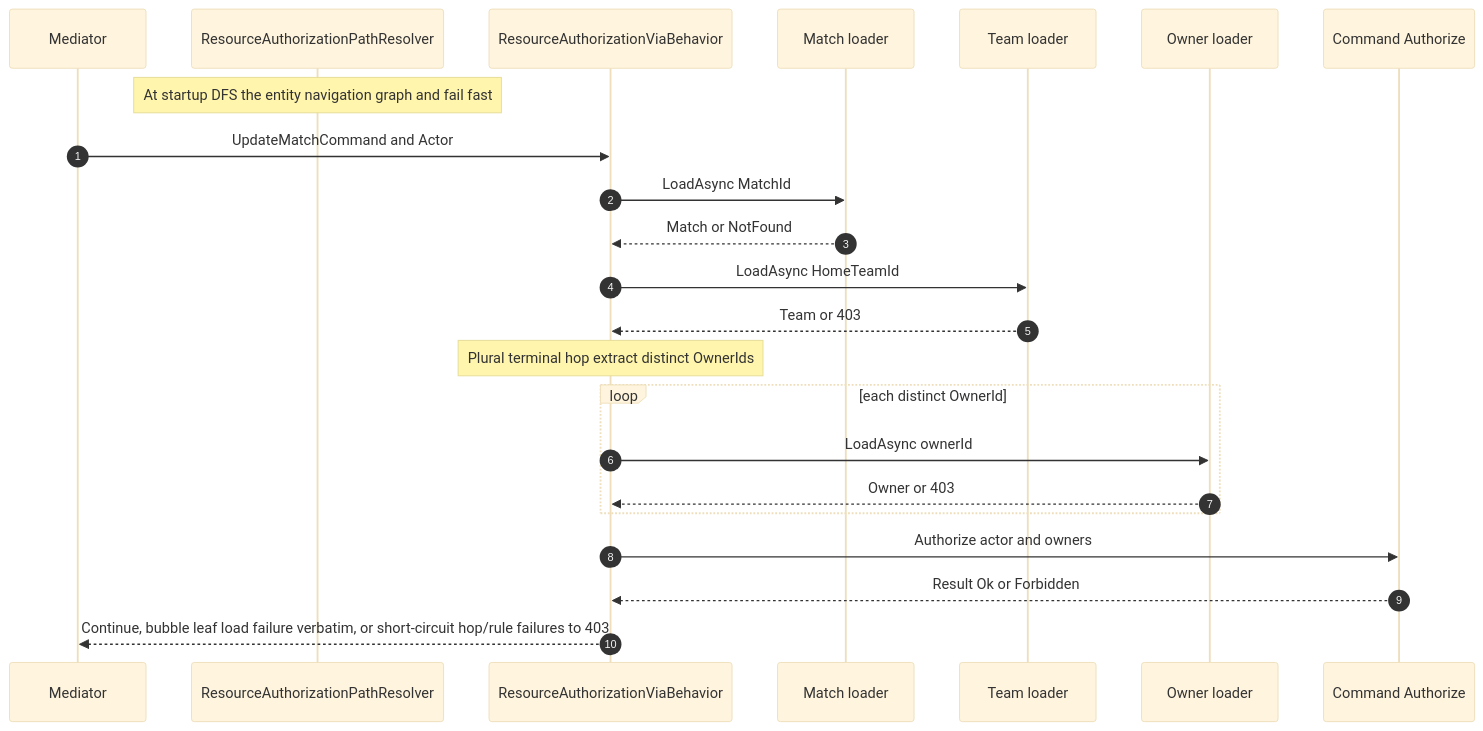
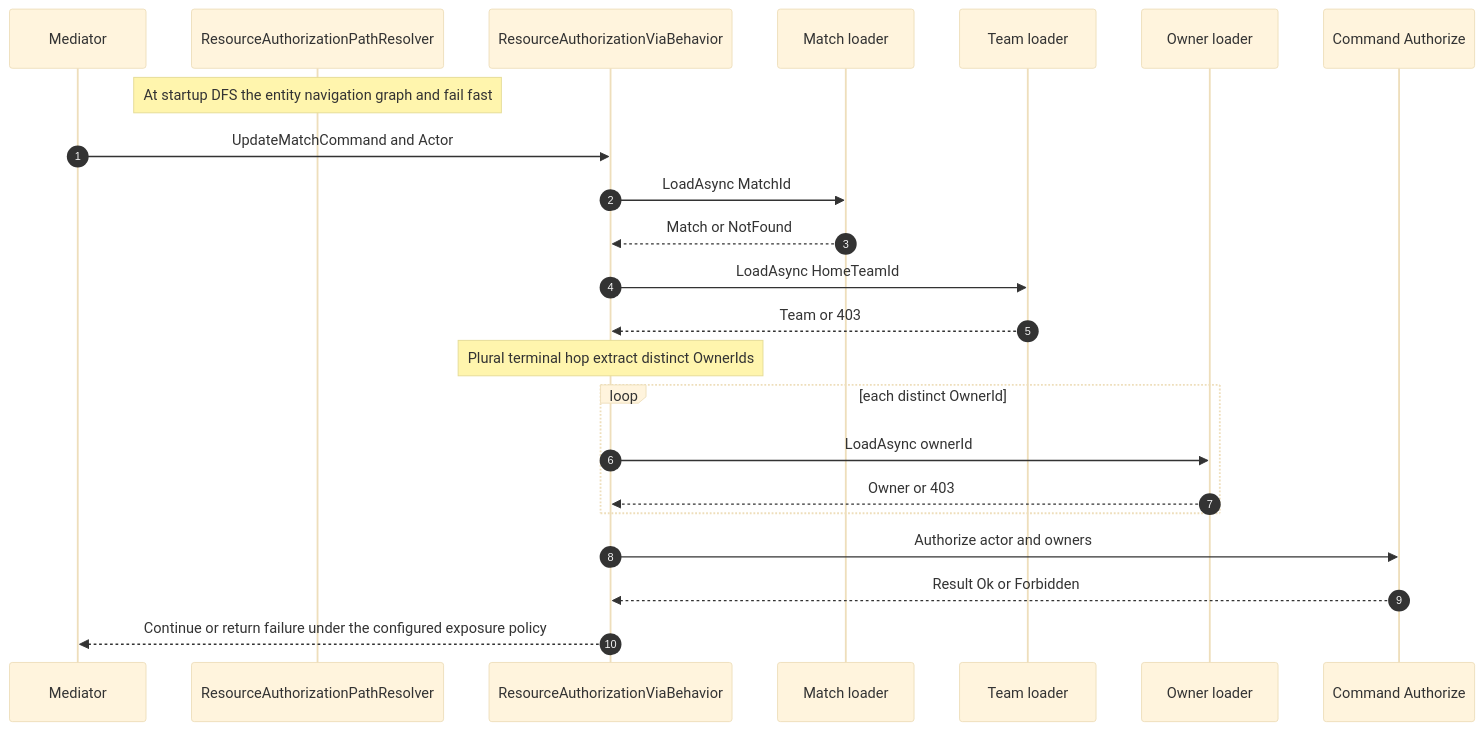
One commit to xavierjohn/Trellis changed the seventh of 7 diagrams in docs/docfx_project/articles/integration-asp-authorization.md. Above: the diagram before and after it, drawn with Mermaid (base theme). The commit also changed other lines of this file and 22 other files, not shown here.

````diff
--- a/docs/docfx_project/articles/integration-asp-authorization.md
+++ b/docs/docfx_project/articles/integration-asp-authorization.md
@@ -807,26 +807,26 @@
 ```mermaid
 sequenceDiagram
     autonumber
     participant Mediator
     participant Resolver as ResourceAuthorizationPathResolver
     participant Behavior as ResourceAuthorizationViaBehavior
     participant MatchLoader as Match loader
     participant TeamLoader as Team loader
     participant OwnerLoader as Owner loader
     participant Auth as Command Authorize
 
     Note over Resolver: At startup DFS the entity navigation graph and fail fast
     Mediator->>Behavior: UpdateMatchCommand and Actor
     Behavior->>MatchLoader: LoadAsync MatchId
     MatchLoader-->>Behavior: Match or NotFound
     Behavior->>TeamLoader: LoadAsync HomeTeamId
     TeamLoader-->>Behavior: Team or 403
     Note over Behavior: Plural terminal hop extract distinct OwnerIds
     loop each distinct OwnerId
         Behavior->>OwnerLoader: LoadAsync ownerId
         OwnerLoader-->>Behavior: Owner or 403
     end
     Behavior->>Auth: Authorize actor and owners
     Auth-->>Behavior: Result Ok or Forbidden
-    Behavior-->>Mediator: Continue, bubble leaf load failure verbatim, or short-circuit hop/rule failures to 403
+    Behavior-->>Mediator: Continue or return failure under the configured exposure policy
 ```
````
